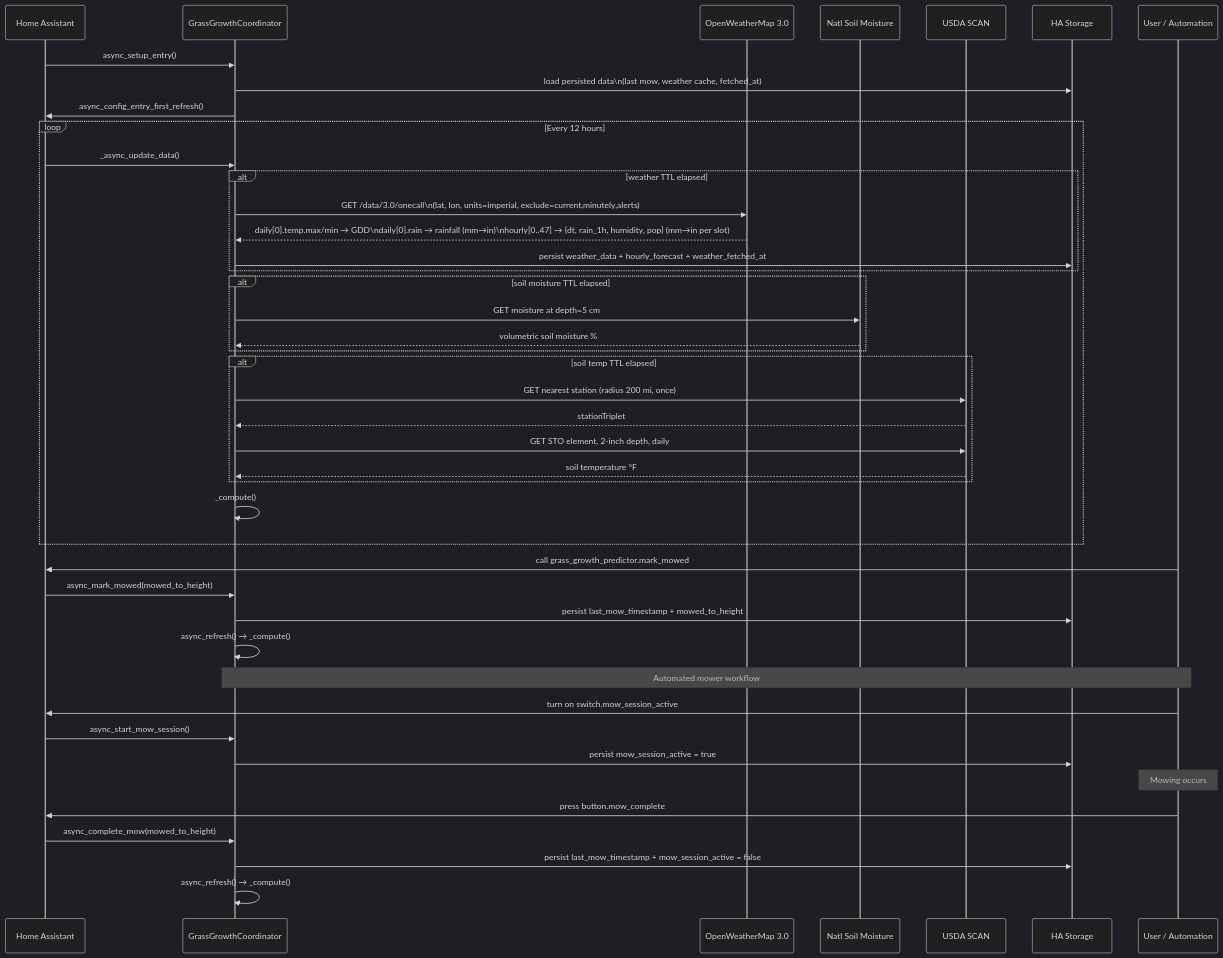
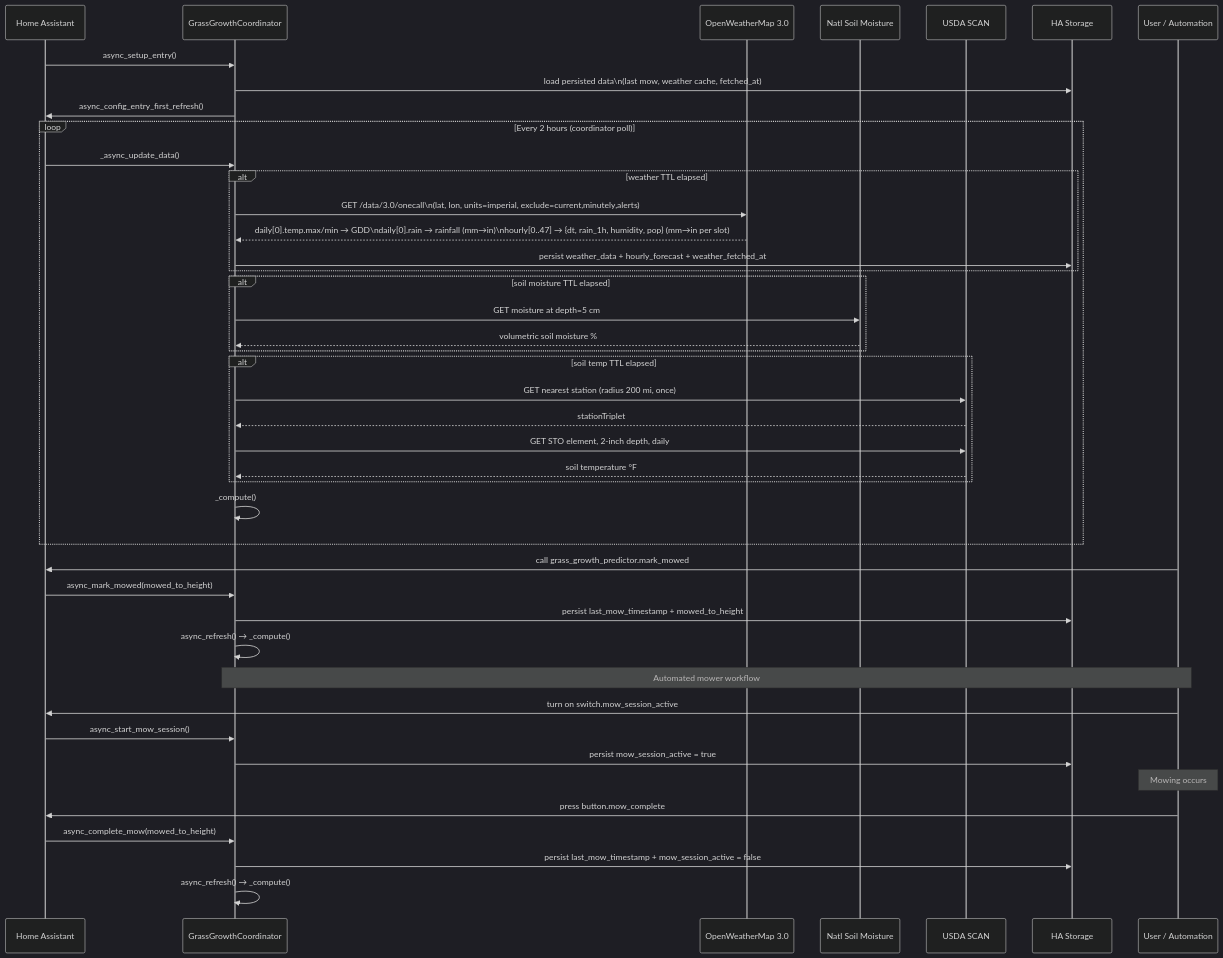
Before and after one commit to seanmahrt/hacs_grass_estimator: the second of 3 diagrams in ARCHITECTURE.md, drawn with Mermaid (dark theme). The commit also changed other lines of this file and 7 other files, not shown here.

````diff
--- a/ARCHITECTURE.md
+++ b/ARCHITECTURE.md
@@ -96,49 +97,49 @@
 ```mermaid
 sequenceDiagram
     participant HA as Home Assistant
     participant Coord as GrassGrowthCoordinator
     participant OWM as OpenWeatherMap 3.0
     participant NSM as Natl Soil Moisture
     participant SCAN as USDA SCAN
     participant Store as HA Storage
 
     HA->>Coord: async_setup_entry()
     Coord->>Store: load persisted data\n(last mow, weather cache, fetched_at)
     Coord->>HA: async_config_entry_first_refresh()
 
-    loop Every 12 hours
+    loop Every 2 hours (coordinator poll)
         HA->>Coord: _async_update_data()
         alt weather TTL elapsed
             Coord->>OWM: GET /data/3.0/onecall\n(lat, lon, units=imperial, exclude=current,minutely,alerts)
             OWM-->>Coord: daily[0].temp.max/min → GDD\ndaily[0].rain → rainfall (mm→in)\nhourly[0..47] → {dt, rain_1h, humidity, pop} (mm→in per slot)
             Coord->>Store: persist weather_data + hourly_forecast + weather_fetched_at
         end
         alt soil moisture TTL elapsed
             Coord->>NSM: GET moisture at depth=5 cm
             NSM-->>Coord: volumetric soil moisture %
         end
         alt soil temp TTL elapsed
             Coord->>SCAN: GET nearest station (radius 200 mi, once)
             SCAN-->>Coord: stationTriplet
             Coord->>SCAN: GET STO element, 2-inch depth, daily
             SCAN-->>Coord: soil temperature °F
         end
         Coord->>Coord: _compute()
     end
 
     participant User as User / Automation
     User->>HA: call grass_growth_predictor.mark_mowed
     HA->>Coord: async_mark_mowed(mowed_to_height)
     Coord->>Store: persist last_mow_timestamp + mowed_to_height
     Coord->>Coord: async_refresh() → _compute()
 
     note over User,Coord: Automated mower workflow
     User->>HA: turn on switch.mow_session_active
     HA->>Coord: async_start_mow_session()
     Coord->>Store: persist mow_session_active = true
     note over User: Mowing occurs
     User->>HA: press button.mow_complete
     HA->>Coord: async_complete_mow(mowed_to_height)
     Coord->>Store: persist last_mow_timestamp + mow_session_active = false
     Coord->>Coord: async_refresh() → _compute()
 ```
````
